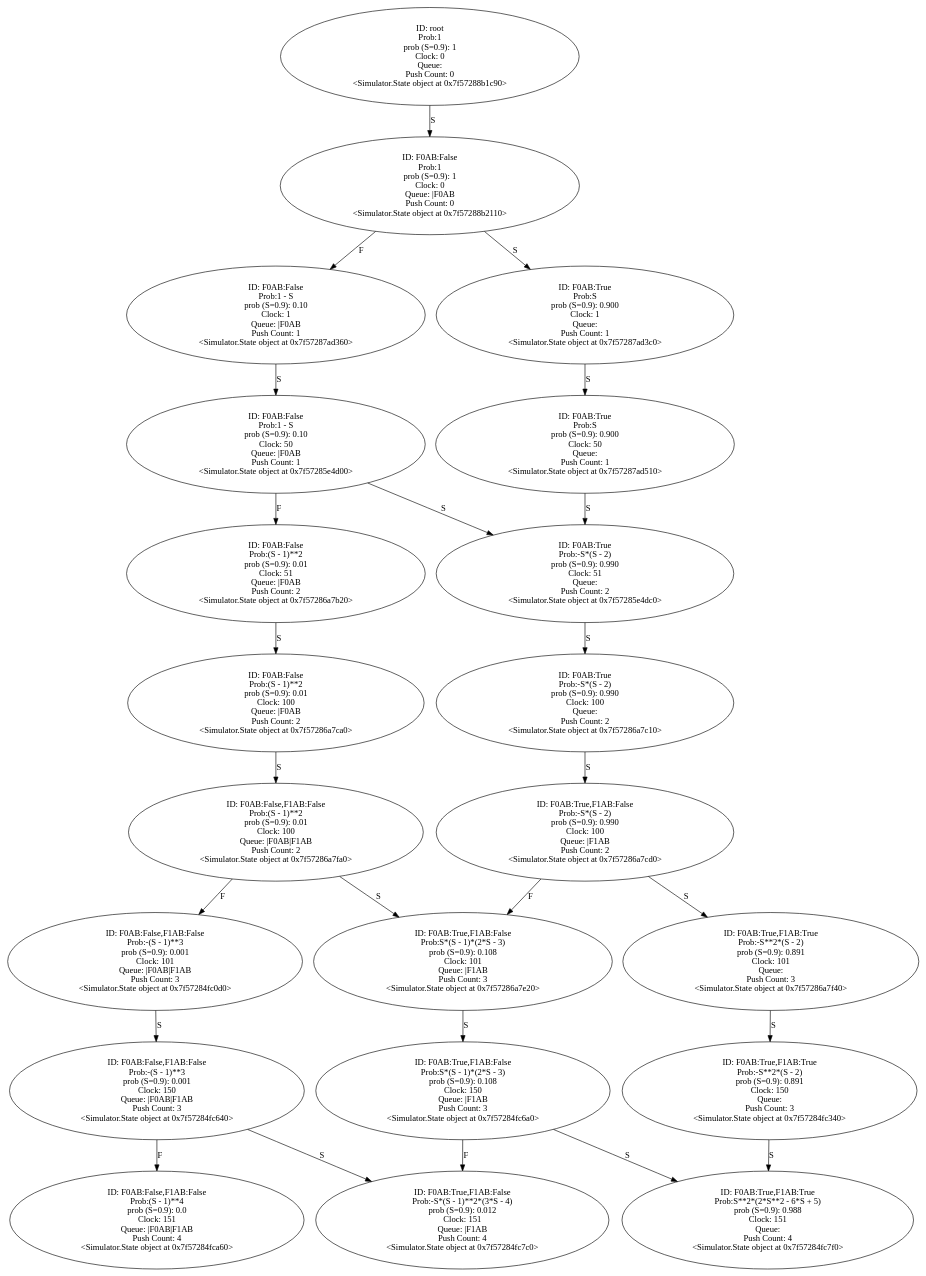
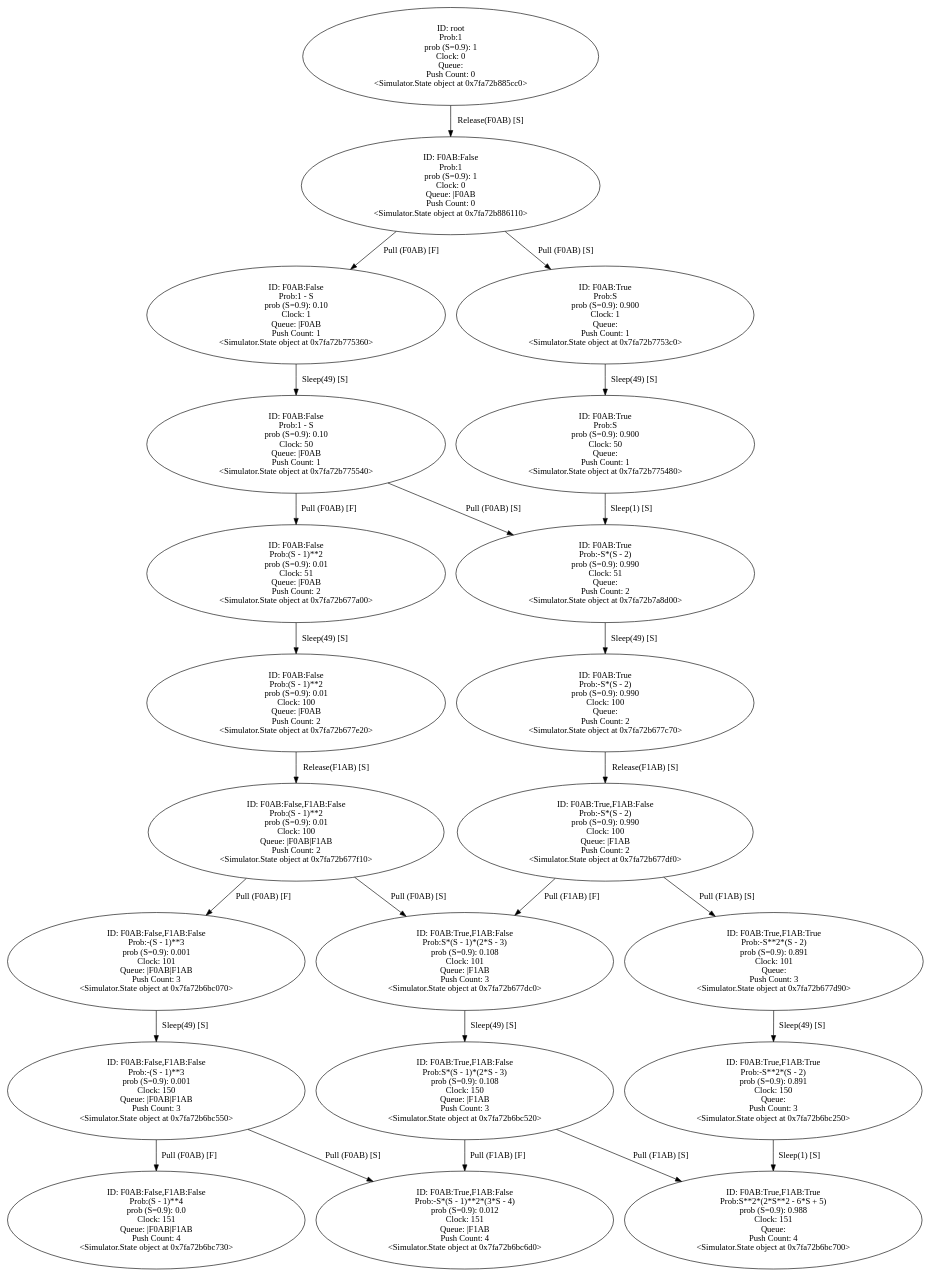
One commit to YasinBoloorchi/WARP-Simulator changed the diagram in Output/controled_frequency_S50_R100_t0_tPlus150.gv. Above: the diagram before and after it, drawn with Graphviz. The commit also changed 10 other files, not shown here.

Commit message:
Update pull where no flow. Add instructions name to graph

```diff
--- a/Output/controled_frequency_S50_R100_t0_tPlus150.gv
+++ b/Output/controled_frequency_S50_R100_t0_tPlus150.gv
@@ -1,173 +1,173 @@
 digraph "./Output/./controled_frequency_S50_R100_t0_tPlus150" {
-	<Simulator.State object at 0x7f57288b1c90> [label="ID: root
+	<Simulator.State object at 0x7fa72b885cc0> [label="ID: root
 Prob:1
 prob (S=0.9): 1
 Clock: 0
 Queue: 
 Push Count: 0
-<Simulator.State object at 0x7f57288b1c90>"]
-	<Simulator.State object at 0x7f57288b1c90> -> <Simulator.State object at 0x7f57288b2110> [label=S]
-	<Simulator.State object at 0x7f57288b2110> [label="ID: F0AB:False
+<Simulator.State object at 0x7fa72b885cc0>"]
+	<Simulator.State object at 0x7fa72b885cc0> -> <Simulator.State object at 0x7fa72b886110> [label="Release(F0AB) [S]"]
+	<Simulator.State object at 0x7fa72b886110> [label="ID: F0AB:False
 Prob:1
 prob (S=0.9): 1
 Clock: 0
 Queue: |F0AB
 Push Count: 0
-<Simulator.State object at 0x7f57288b2110>"]
-	<Simulator.State object at 0x7f57288b2110> -> <Simulator.State object at 0x7f57287ad360> [label=F]
-	<Simulator.State object at 0x7f57288b2110> -> <Simulator.State object at 0x7f57287ad3c0> [label=S]
-	<Simulator.State object at 0x7f57287ad360> [label="ID: F0AB:False
+<Simulator.State object at 0x7fa72b886110>"]
+	<Simulator.State object at 0x7fa72b886110> -> <Simulator.State object at 0x7fa72b775360> [label="Pull (F0AB) [F]"]
+	<Simulator.State object at 0x7fa72b886110> -> <Simulator.State object at 0x7fa72b7753c0> [label="Pull (F0AB) [S]"]
+	<Simulator.State object at 0x7fa72b775360> [label="ID: F0AB:False
 Prob:1 - S
 prob (S=0.9): 0.10
 Clock: 1
 Queue: |F0AB
 Push Count: 1
-<Simulator.State object at 0x7f57287ad360>"]
-	<Simulator.State object at 0x7f57287ad360> -> <Simulator.State object at 0x7f57285e4d00> [label=S]
-	<Simulator.State object at 0x7f57287ad3c0> [label="ID: F0AB:True
+<Simulator.State object at 0x7fa72b775360>"]
+	<Simulator.State object at 0x7fa72b775360> -> <Simulator.State object at 0x7fa72b775540> [label="Sleep(49) [S]"]
+	<Simulator.State object at 0x7fa72b7753c0> [label="ID: F0AB:True
 Prob:S
 prob (S=0.9): 0.900
 Clock: 1
 Queue: 
 Push Count: 1
-<Simulator.State object at 0x7f57287ad3c0>"]
-	<Simulator.State object at 0x7f57287ad3c0> -> <Simulator.State object at 0x7f57287ad510> [label=S]
-	<Simulator.State object at 0x7f57285e4d00> [label="ID: F0AB:False
+<Simulator.State object at 0x7fa72b7753c0>"]
+	<Simulator.State object at 0x7fa72b7753c0> -> <Simulator.State object at 0x7fa72b775480> [label="Sleep(49) [S]"]
+	<Simulator.State object at 0x7fa72b775540> [label="ID: F0AB:False
 Prob:1 - S
 prob (S=0.9): 0.10
 Clock: 50
 Queue: |F0AB
 Push Count: 1
-<Simulator.State object at 0x7f57285e4d00>"]
-	<Simulator.State object at 0x7f57285e4d00> -> <Simulator.State object at 0x7f57286a7b20> [label=F]
-	<Simulator.State object at 0x7f57285e4d00> -> <Simulator.State object at 0x7f57285e4dc0> [label=S]
-	<Simulator.State object at 0x7f57287ad510> [label="ID: F0AB:True
+<Simulator.State object at 0x7fa72b775540>"]
+	<Simulator.State object at 0x7fa72b775540> -> <Simulator.State object at 0x7fa72b677a00> [label="Pull (F0AB) [F]"]
+	<Simulator.State object at 0x7fa72b775540> -> <Simulator.State object at 0x7fa72b7a8d00> [label="Pull (F0AB) [S]"]
+	<Simulator.State object at 0x7fa72b775480> [label="ID: F0AB:True
 Prob:S
 prob (S=0.9): 0.900
 Clock: 50
 Queue: 
 Push Count: 1
-<Simulator.State object at 0x7f57287ad510>"]
-	<Simulator.State object at 0x7f57287ad510> -> <Simulator.State object at 0x7f57285e4dc0> [label=S]
-	<Simulator.State object at 0x7f57286a7b20> [label="ID: F0AB:False
+<Simulator.State object at 0x7fa72b775480>"]
+	<Simulator.State object at 0x7fa72b775480> -> <Simulator.State object at 0x7fa72b7a8d00> [label="Sleep(1) [S]"]
+	<Simulator.State object at 0x7fa72b677a00> [label="ID: F0AB:False
 Prob:(S - 1)**2
 prob (S=0.9): 0.01
 Clock: 51
 Queue: |F0AB
 Push Count: 2
-<Simulator.State object at 0x7f57286a7b20>"]
-	<Simulator.State object at 0x7f57286a7b20> -> <Simulator.State object at 0x7f57286a7ca0> [label=S]
-	<Simulator.State object at 0x7f57285e4dc0> [label="ID: F0AB:True
+<Simulator.State object at 0x7fa72b677a00>"]
+	<Simulator.State object at 0x7fa72b677a00> -> <Simulator.State object at 0x7fa72b677e20> [label="Sleep(49) [S]"]
+	<Simulator.State object at 0x7fa72b7a8d00> [label="ID: F0AB:True
 Prob:-S*(S - 2)
 prob (S=0.9): 0.990
 Clock: 51
 Queue: 
 Push Count: 2
-<Simulator.State object at 0x7f57285e4dc0>"]
-	<Simulator.State object at 0x7f57285e4dc0> -> <Simulator.State object at 0x7f57286a7c10> [label=S]
-	<Simulator.State object at 0x7f57286a7ca0> [label="ID: F0AB:False
+<Simulator.State object at 0x7fa72b7a8d00>"]
+	<Simulator.State object at 0x7fa72b7a8d00> -> <Simulator.State object at 0x7fa72b677c70> [label="Sleep(49) [S]"]
+	<Simulator.State object at 0x7fa72b677e20> [label="ID: F0AB:False
 Prob:(S - 1)**2
 prob (S=0.9): 0.01
 Clock: 100
 Queue: |F0AB
 Push Count: 2
-<Simulator.State object at 0x7f57286a7ca0>"]
-	<Simulator.State object at 0x7f57286a7ca0> -> <Simulator.State object at 0x7f57286a7fa0> [label=S]
-	<Simulator.State object at 0x7f57286a7c10> [label="ID: F0AB:True
+<Simulator.State object at 0x7fa72b677e20>"]
+	<Simulator.State object at 0x7fa72b677e20> -> <Simulator.State object at 0x7fa72b677f10> [label="Release(F1AB) [S]"]
+	<Simulator.State object at 0x7fa72b677c70> [label="ID: F0AB:True
 Prob:-S*(S - 2)
 prob (S=0.9): 0.990
 Clock: 100
 Queue: 
 Push Count: 2
-<Simulator.State object at 0x7f57286a7c10>"]
-	<Simulator.State object at 0x7f57286a7c10> -> <Simulator.State object at 0x7f57286a7cd0> [label=S]
-	<Simulator.State object at 0x7f57286a7fa0> [label="ID: F0AB:False,F1AB:False
+<Simulator.State object at 0x7fa72b677c70>"]
+	<Simulator.State object at 0x7fa72b677c70> -> <Simulator.State object at 0x7fa72b677df0> [label="Release(F1AB) [S]"]
+	<Simulator.State object at 0x7fa72b677f10> [label="ID: F0AB:False,F1AB:False
 Prob:(S - 1)**2
 prob (S=0.9): 0.01
 Clock: 100
 Queue: |F0AB|F1AB
 Push Count: 2
-<Simulator.State object at 0x7f57286a7fa0>"]
-	<Simulator.State object at 0x7f57286a7fa0> -> <Simulator.State object at 0x7f57284fc0d0> [label=F]
-	<Simulator.State object at 0x7f57286a7fa0> -> <Simulator.State object at 0x7f57286a7e20> [label=S]
-	<Simulator.State object at 0x7f57286a7cd0> [label="ID: F0AB:True,F1AB:False
+<Simulator.State object at 0x7fa72b677f10>"]
+	<Simulator.State object at 0x7fa72b677f10> -> <Simulator.State object at 0x7fa72b6bc070> [label="Pull (F0AB) [F]"]
+	<Simulator.State object at 0x7fa72b677f10> -> <Simulator.State object at 0x7fa72b677dc0> [label="Pull (F0AB) [S]"]
+	<Simulator.State object at 0x7fa72b677df0> [label="ID: F0AB:True,F1AB:False
 Prob:-S*(S - 2)
 prob (S=0.9): 0.990
 Clock: 100
 Queue: |F1AB
 Push Count: 2
-<Simulator.State object at 0x7f57286a7cd0>"]
-	<Simulator.State object at 0x7f57286a7cd0> -> <Simulator.State object at 0x7f57286a7e20> [label=F]
-	<Simulator.State object at 0x7f57286a7cd0> -> <Simulator.State object at 0x7f57286a7f40> [label=S]
-	<Simulator.State object at 0x7f57284fc0d0> [label="ID: F0AB:False,F1AB:False
+<Simulator.State object at 0x7fa72b677df0>"]
+	<Simulator.State object at 0x7fa72b677df0> -> <Simulator.State object at 0x7fa72b677dc0> [label="Pull (F1AB) [F]"]
+	<Simulator.State object at 0x7fa72b677df0> -> <Simulator.State object at 0x7fa72b677d90> [label="Pull (F1AB) [S]"]
+	<Simulator.State object at 0x7fa72b6bc070> [label="ID: F0AB:False,F1AB:False
 Prob:-(S - 1)**3
 prob (S=0.9): 0.001
 Clock: 101
 Queue: |F0AB|F1AB
 Push Count: 3
-<Simulator.State object at 0x7f57284fc0d0>"]
-	<Simulator.State object at 0x7f57284fc0d0> -> <Simulator.State object at 0x7f57284fc640> [label=S]
-	<Simulator.State object at 0x7f57286a7e20> [label="ID: F0AB:True,F1AB:False
+<Simulator.State object at 0x7fa72b6bc070>"]
+	<Simulator.State object at 0x7fa72b6bc070> -> <Simulator.State object at 0x7fa72b6bc550> [label="Sleep(49) [S]"]
+	<Simulator.State object at 0x7fa72b677dc0> [label="ID: F0AB:True,F1AB:False
 Prob:S*(S - 1)*(2*S - 3)
 prob (S=0.9): 0.108
 Clock: 101
 Queue: |F1AB
 Push Count: 3
-<Simulator.State object at 0x7f57286a7e20>"]
-	<Simulator.State object at 0x7f57286a7e20> -> <Simulator.State object at 0x7f57284fc6a0> [label=S]
-	<Simulator.State object at 0x7f57286a7f40> [label="ID: F0AB:True,F1AB:True
+<Simulator.State object at 0x7fa72b677dc0>"]
+	<Simulator.State object at 0x7fa72b677dc0> -> <Simulator.State object at 0x7fa72b6bc520> [label="Sleep(49) [S]"]
+	<Simulator.State object at 0x7fa72b677d90> [label="ID: F0AB:True,F1AB:True
 Prob:-S**2*(S - 2)
 prob (S=0.9): 0.891
 Clock: 101
 Queue: 
 Push Count: 3
-<Simulator.State object at 0x7f57286a7f40>"]
-	<Simulator.State object at 0x7f57286a7f40> -> <Simulator.State object at 0x7f57284fc340> [label=S]
-	<Simulator.State object at 0x7f57284fc640> [label="ID: F0AB:False,F1AB:False
+<Simulator.State object at 0x7fa72b677d90>"]
+	<Simulator.State object at 0x7fa72b677d90> -> <Simulator.State object at 0x7fa72b6bc250> [label="Sleep(49) [S]"]
+	<Simulator.State object at 0x7fa72b6bc550> [label="ID: F0AB:False,F1AB:False
 Prob:-(S - 1)**3
 prob (S=0.9): 0.001
 Clock: 150
 Queue: |F0AB|F1AB
 Push Count: 3
-<Simulator.State object at 0x7f57284fc640>"]
-	<Simulator.State object at 0x7f57284fc640> -> <Simulator.State object at 0x7f57284fca60> [label=F]
-	<Simulator.State object at 0x7f57284fc640> -> <Simulator.State object at 0x7f57284fc7c0> [label=S]
-	<Simulator.State object at 0x7f57284fc6a0> [label="ID: F0AB:True,F1AB:False
+<Simulator.State object at 0x7fa72b6bc550>"]
+	<Simulator.State object at 0x7fa72b6bc550> -> <Simulator.State object at 0x7fa72b6bc730> [label="Pull (F0AB) [F]"]
+	<Simulator.State object at 0x7fa72b6bc550> -> <Simulator.State object at 0x7fa72b6bc6d0> [label="Pull (F0AB) [S]"]
+	<Simulator.State object at 0x7fa72b6bc520> [label="ID: F0AB:True,F1AB:False
 Prob:S*(S - 1)*(2*S - 3)
 prob (S=0.9): 0.108
 Clock: 150
 Queue: |F1AB
 Push Count: 3
-<Simulator.State object at 0x7f57284fc6a0>"]
-	<Simulator.State object at 0x7f57284fc6a0> -> <Simulator.State object at 0x7f57284fc7c0> [label=F]
-	<Simulator.State object at 0x7f57284fc6a0> -> <Simulator.State object at 0x7f57284fc7f0> [label=S]
-	<Simulator.State object at 0x7f57284fc340> [label="ID: F0AB:True,F1AB:True
+<Simulator.State object at 0x7fa72b6bc520>"]
+	<Simulator.State object at 0x7fa72b6bc520> -> <Simulator.State object at 0x7fa72b6bc6d0> [label="Pull (F1AB) [F]"]
+	<Simulator.State object at 0x7fa72b6bc520> -> <Simulator.State object at 0x7fa72b6bc700> [label="Pull (F1AB) [S]"]
+	<Simulator.State object at 0x7fa72b6bc250> [label="ID: F0AB:True,F1AB:True
 Prob:-S**2*(S - 2)
 prob (S=0.9): 0.891
 Clock: 150
 Queue: 
 Push Count: 3
-<Simulator.State object at 0x7f57284fc340>"]
-	<Simulator.State object at 0x7f57284fc340> -> <Simulator.State object at 0x7f57284fc7f0> [label=S]
-	<Simulator.State object at 0x7f57284fca60> [label="ID: F0AB:False,F1AB:False
+<Simulator.State object at 0x7fa72b6bc250>"]
+	<Simulator.State object at 0x7fa72b6bc250> -> <Simulator.State object at 0x7fa72b6bc700> [label="Sleep(1) [S]"]
+	<Simulator.State object at 0x7fa72b6bc730> [label="ID: F0AB:False,F1AB:False
 Prob:(S - 1)**4
 prob (S=0.9): 0.0
 Clock: 151
 Queue: |F0AB|F1AB
 Push Count: 4
-<Simulator.State object at 0x7f57284fca60>"]
-	<Simulator.State object at 0x7f57284fc7c0> [label="ID: F0AB:True,F1AB:False
+<Simulator.State object at 0x7fa72b6bc730>"]
+	<Simulator.State object at 0x7fa72b6bc6d0> [label="ID: F0AB:True,F1AB:False
 Prob:-S*(S - 1)**2*(3*S - 4)
 prob (S=0.9): 0.012
 Clock: 151
 Queue: |F1AB
 Push Count: 4
-<Simulator.State object at 0x7f57284fc7c0>"]
-	<Simulator.State object at 0x7f57284fc7f0> [label="ID: F0AB:True,F1AB:True
+<Simulator.State object at 0x7fa72b6bc6d0>"]
+	<Simulator.State object at 0x7fa72b6bc700> [label="ID: F0AB:True,F1AB:True
 Prob:S**2*(2*S**2 - 6*S + 5)
 prob (S=0.9): 0.988
 Clock: 151
 Queue: 
 Push Count: 4
-<Simulator.State object at 0x7f57284fc7f0>"]
+<Simulator.State object at 0x7fa72b6bc700>"]
 }
```
